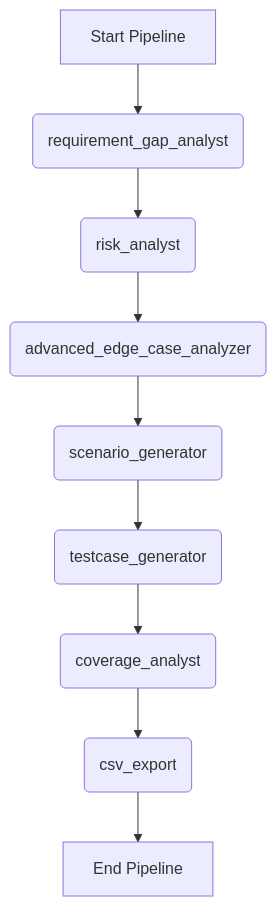
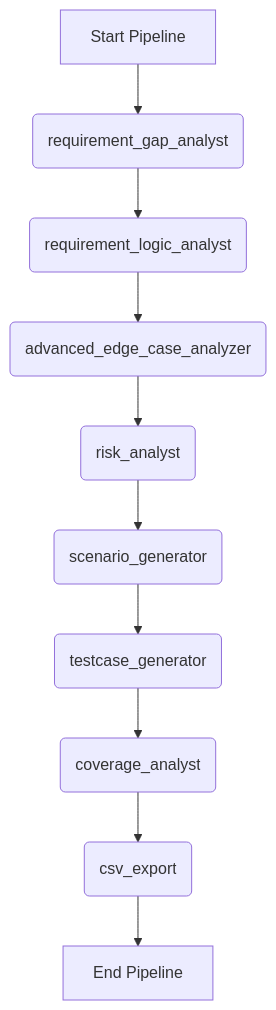
The diagram in workflows/03_QA_Test_Engineering.md (naulmai/qa-auto-kit), drawn with Mermaid before and after one commit. The commit also changed other lines of this file and 11 other files, not shown here.

Commit message:
feat(phase-0): foundation fix - align workflows, add logic anomaly template, and clarify architecture

````diff
--- a/workflows/03_QA_Test_Engineering.md
+++ b/workflows/03_QA_Test_Engineering.md
@@ -12,11 +12,12 @@
 ```mermaid
 graph TD
-    A[Start Pipeline] --> A1(requirement_gap_analyst)
-    A1 --> B(risk_analyst)
-    B --> C(advanced_edge_case_analyzer)
-    C --> D(scenario_generator)
-    D --> E(testcase_generator)
-    E --> F(coverage_analyst)
-    F --> F1(csv_export)
-    F1 --> G[End Pipeline]
+    A[Start Pipeline] --> B(requirement_gap_analyst)
+    B --> C(requirement_logic_analyst)
+    C --> D(advanced_edge_case_analyzer)
+    D --> E(risk_analyst)
+    E --> F(scenario_generator)
+    F --> G(testcase_generator)
+    G --> H(coverage_analyst)
+    H --> I(csv_export)
+    I --> J[End Pipeline]
 ```
````
